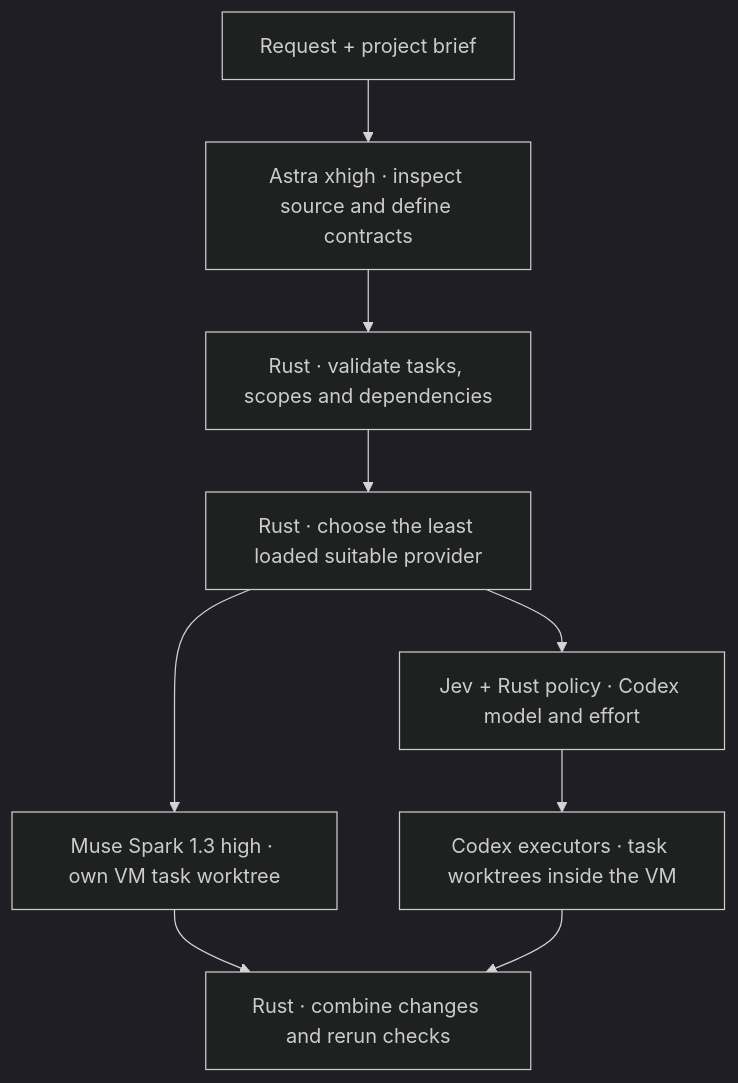
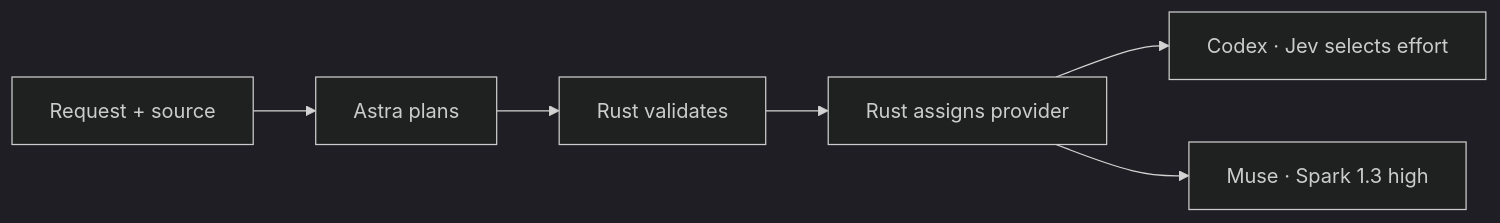
The diagram in docs/planning.md (minimumeffort-dev/sprowt.harness), drawn with Mermaid (dark theme) before and after one commit. The commit also changed other lines of this file and 17 other files, not shown here.

````diff
--- a/docs/planning.md
+++ b/docs/planning.md
@@ -5,11 +9,8 @@
 ```mermaid
-flowchart TB
-    goal["Request + project brief"] --> planner["Astra xhigh · inspect source and define contracts"]
-    planner --> validate["Rust · validate tasks, scopes and dependencies"]
-    validate --> schedule["Rust · choose the least loaded suitable provider"]
-    schedule --> route["Jev + Rust policy · Codex model and effort"]
-    route --> execute["Codex executors · task worktrees inside the VM"]
-    schedule --> muse["Muse Spark 1.3 high · own VM task worktree"]
-    muse --> checks
-    execute --> checks["Rust · combine changes and rerun checks"]
+flowchart LR
+    request["Request + source"] --> planner["Astra plans"]
+    planner --> validate["Rust validates"]
+    validate --> assign["Rust assigns provider"]
+    assign --> codex["Codex · Jev selects effort"]
+    assign --> muse["Muse · Spark 1.3 high"]
 ```
````
